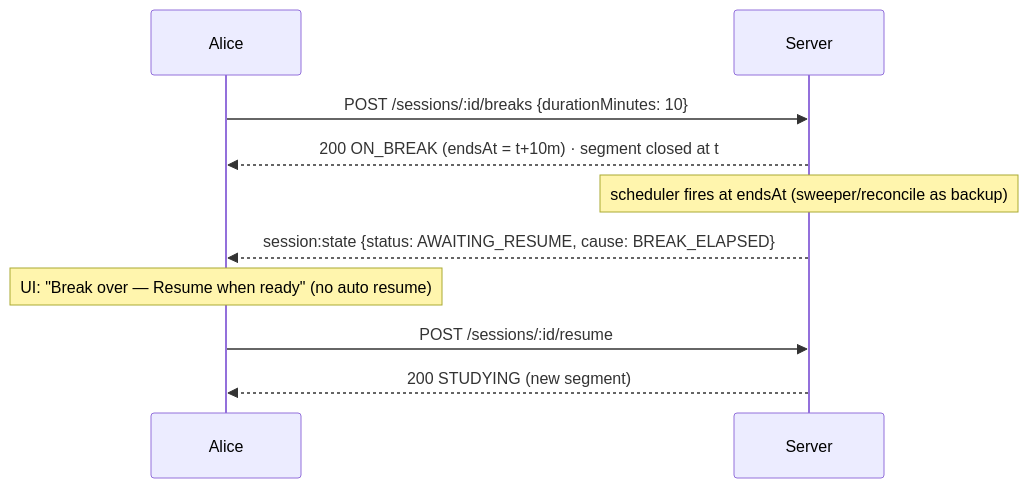
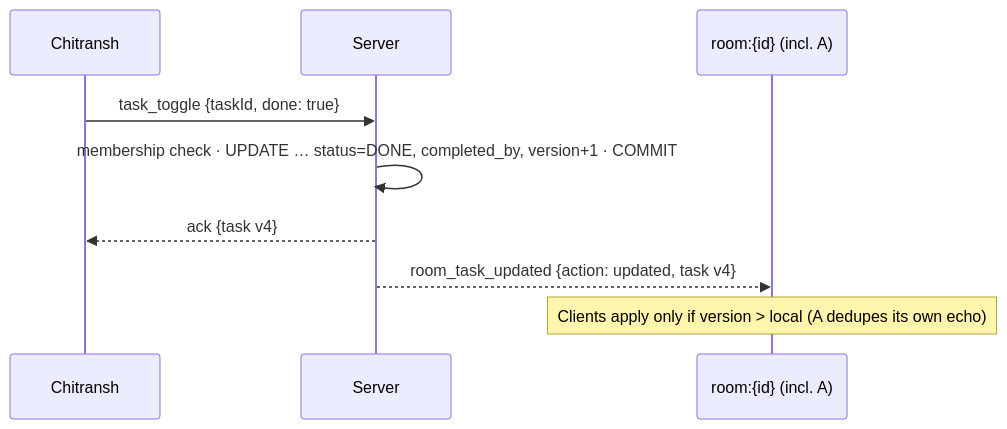
One commit to Atharvaajain/StudySync changed the fifth of 5 diagrams in API_DESIGN.md. Above: the diagram before and after it, drawn with Mermaid. The commit also changed other lines of this file and 6 other files, not shown here.

````diff
--- a/API_DESIGN.md
+++ b/API_DESIGN.md
@@ -585,12 +413,11 @@
 ```mermaid
 sequenceDiagram
-  participant A as Alice
+  participant A as Chitransh
   participant S as Server
-  A->>S: POST /sessions/:id/breaks {durationMinutes: 10}
-  S-->>A: 200 ON_BREAK (endsAt = t+10m)  · segment closed at t
-  Note over S: scheduler fires at endsAt (sweeper/reconcile as backup)
-  S-->>A: session:state {status: AWAITING_RESUME, cause: BREAK_ELAPSED}
-  Note over A: UI: "Break over — Resume when ready" (no auto resume)
-  A->>S: POST /sessions/:id/resume
-  S-->>A: 200 STUDYING (new segment)
+  participant R as room:{id} (incl. A)
+  A->>S: task_toggle {taskId, done: true}
+  S->>S: membership check · UPDATE … status=DONE, completed_by, version+1 · COMMIT
+  S-->>A: ack {task v4}
+  S-->>R: room_task_updated {action: updated, task v4}
+  Note over R: Clients apply only if version > local (A dedupes its own echo)
 ```
````
